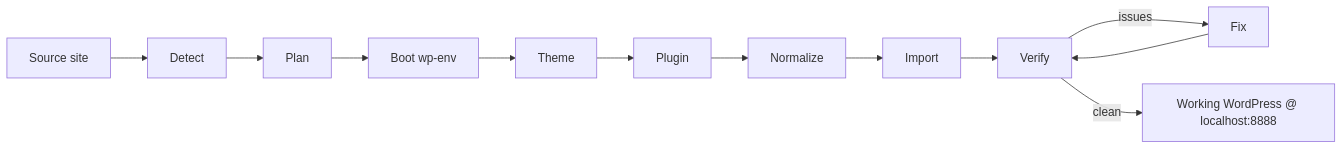
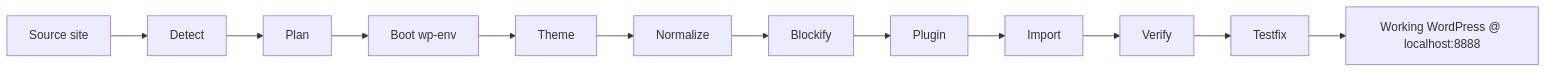
One commit to f/to-wordpress changed the first of 2 diagrams in README.md. Above: the diagram before and after it, drawn with Mermaid. The commit also changed other lines of this file and 30 other files, not shown here.

First line of the commit message:
v0.5.0: pluggable agents, blockify phase, block themes, SSG plugin migration

````diff
--- a/README.md
+++ b/README.md
@@ -115,14 +176,14 @@
 ```mermaid
 flowchart LR
     src[Source site] --> D[Detect]
     D --> P[Plan]
     P --> B[Boot wp-env]
     B --> T[Theme]
-    T --> PL[Plugin]
-    PL --> N[Normalize]
-    N --> I[Import]
+    T --> N[Normalize]
+    N --> BL[Blockify]
+    BL --> PL[Plugin]
+    PL --> I[Import]
     I --> V[Verify]
-    V -->|issues| F[Fix]
-    F --> V
-    V -->|clean| WP["Working WordPress @ localhost:8888"]
+    V --> TF[Testfix]
+    TF --> WP["Working WordPress @ localhost:8888"]
 ```
````
